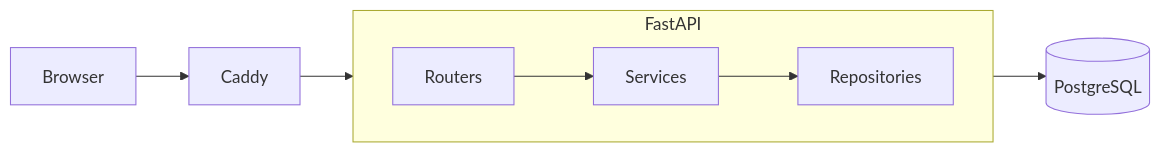
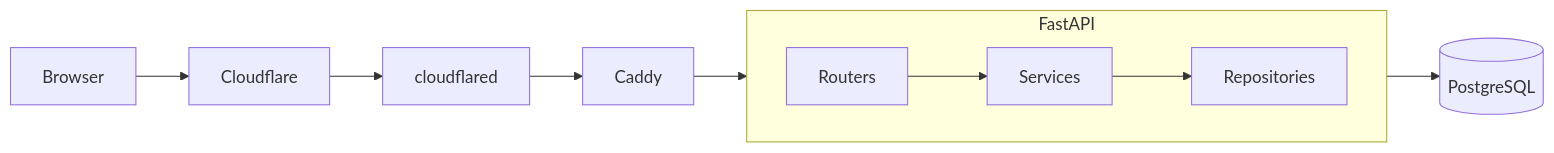
The diagram in README.md (DhyeyTandel/DTM), drawn with Mermaid before and after one commit. The commit also changed other lines of this file and 1 other file, not shown here.

````diff
--- a/README.md
+++ b/README.md
@@ -18,10 +18,10 @@
 ```mermaid
 flowchart LR
-    Browser --> Caddy
+    Browser --> Cloudflare --> cloudflared --> Caddy
     Caddy --> FastAPI
     subgraph FastAPI
         direction LR
         Routers --> Services --> Repositories
     end
     Repositories --> Postgres[(PostgreSQL)]
 ```
````
